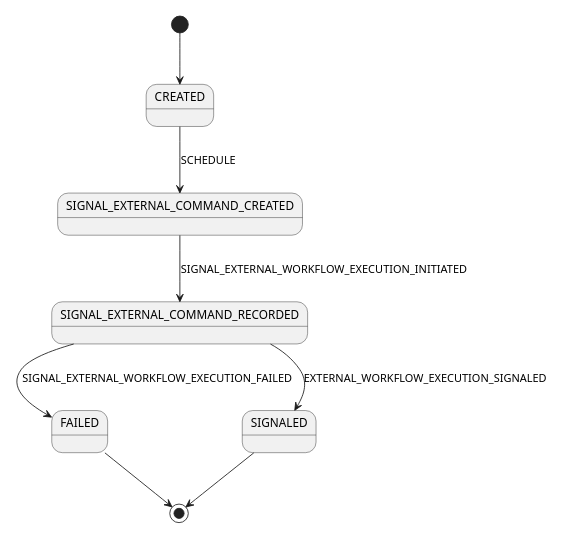
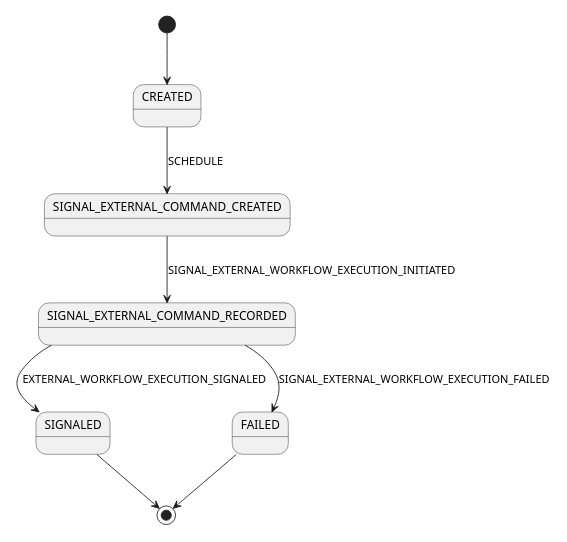
The diagram in src/main/java/io/temporal/internal/csm/SignalExternalCommands.puml (mfateev/temporal-java-sdk), drawn with PlantUML before and after one commit. The commit also changed other lines of this file and 8 other files, not shown here.

Commit message:
Deterministic diagram output

```diff
--- a/src/main/java/io/temporal/internal/csm/SignalExternalCommands.puml
+++ b/src/main/java/io/temporal/internal/csm/SignalExternalCommands.puml
@@ -21,10 +21,10 @@
 @startuml
 scale 350 width
 [*] --> CREATED
+CREATED --> SIGNAL_EXTERNAL_COMMAND_CREATED: SCHEDULE
 SIGNAL_EXTERNAL_COMMAND_CREATED --> SIGNAL_EXTERNAL_COMMAND_RECORDED: SIGNAL_EXTERNAL_WORKFLOW_EXECUTION_INITIATED
-CREATED --> SIGNAL_EXTERNAL_COMMAND_CREATED: SCHEDULE
+SIGNAL_EXTERNAL_COMMAND_RECORDED --> SIGNALED: EXTERNAL_WORKFLOW_EXECUTION_SIGNALED
 SIGNAL_EXTERNAL_COMMAND_RECORDED --> FAILED: SIGNAL_EXTERNAL_WORKFLOW_EXECUTION_FAILED
-SIGNAL_EXTERNAL_COMMAND_RECORDED --> SIGNALED: EXTERNAL_WORKFLOW_EXECUTION_SIGNALED
 SIGNALED --> [*]
 FAILED --> [*]
 @enduml
```
